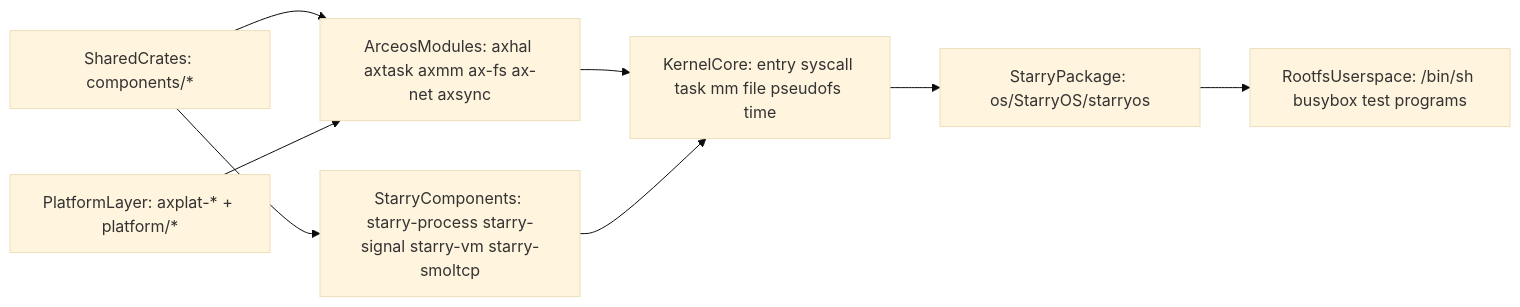
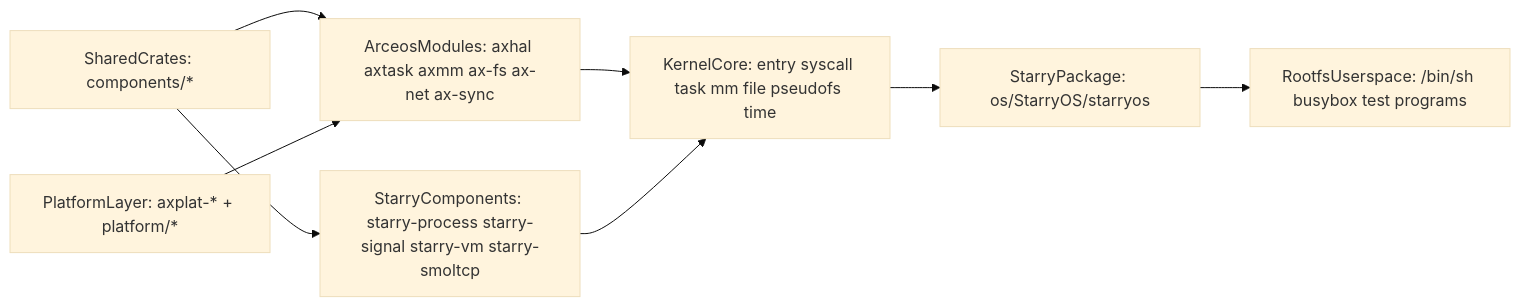
The first of 5 diagrams in docs/starryos-internals.md (zKurisu/tgoskits), drawn with Mermaid (base theme) before and after one commit. The commit also changed 79 other files, not shown here.

Commit message:
rename axsync to ax-sync

````diff
--- a/docs/starryos-internals.md
+++ b/docs/starryos-internals.md
@@ -26,18 +26,18 @@
 ```mermaid
 flowchart LR
     rootfsUsers["RootfsUserspace: /bin/sh busybox test programs"]
     starryPackage["StarryPackage: os/StarryOS/starryos"]
     kernelCore["KernelCore: entry syscall task mm file pseudofs time"]
     starryComponents["StarryComponents: starry-process starry-signal starry-vm starry-smoltcp"]
-    arceosModules["ArceosModules: axhal axtask axmm ax-fs ax-net axsync"]
+    arceosModules["ArceosModules: axhal axtask axmm ax-fs ax-net ax-sync"]
     sharedCrates["SharedCrates: components/*"]
     platformLayer["PlatformLayer: axplat-* + platform/*"]
 
     sharedCrates --> arceosModules
     sharedCrates --> starryComponents
     platformLayer --> arceosModules
     arceosModules --> kernelCore
     starryComponents --> kernelCore
     kernelCore --> starryPackage
     starryPackage --> rootfsUsers
 ```
````
